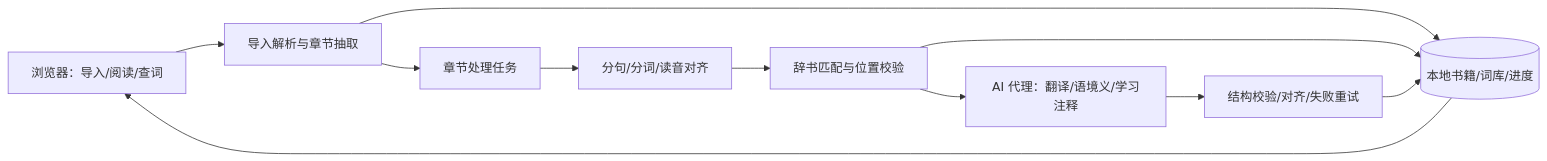
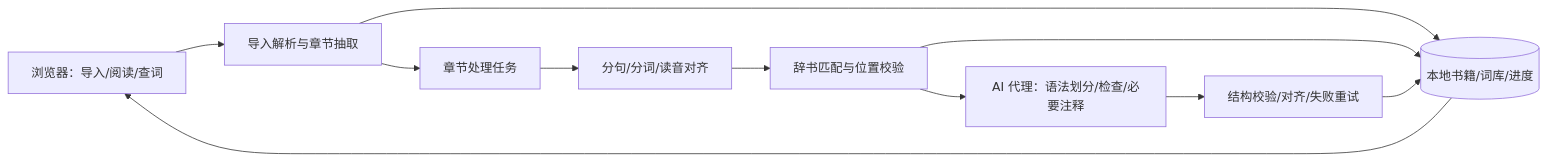
Before and after one commit to H0rR1p/IceReader: the diagram in 架构与技术栈建议.md, drawn with Mermaid. The commit also changed other lines of this file and 17 other files, not shown here.

````diff
--- a/架构与技术栈建议.md
+++ b/架构与技术栈建议.md
@@ -15,13 +15,13 @@
 ```mermaid
 flowchart LR
   U[浏览器：导入/阅读/查词] --> I[导入解析与章节抽取]
   I --> DB[(本地书籍/词库/进度)]
   I --> P[章节处理任务]
   P --> M[分句/分词/读音对齐]
   M --> V[辞书匹配与位置校验]
   V --> DB
-  V --> A[AI 代理：翻译/语境义/学习注释]
+  V --> A[AI 代理：语法划分/检查/必要注释]
   A --> Q[结构校验/对齐/失败重试]
   Q --> DB
   DB --> U
 ```
````
